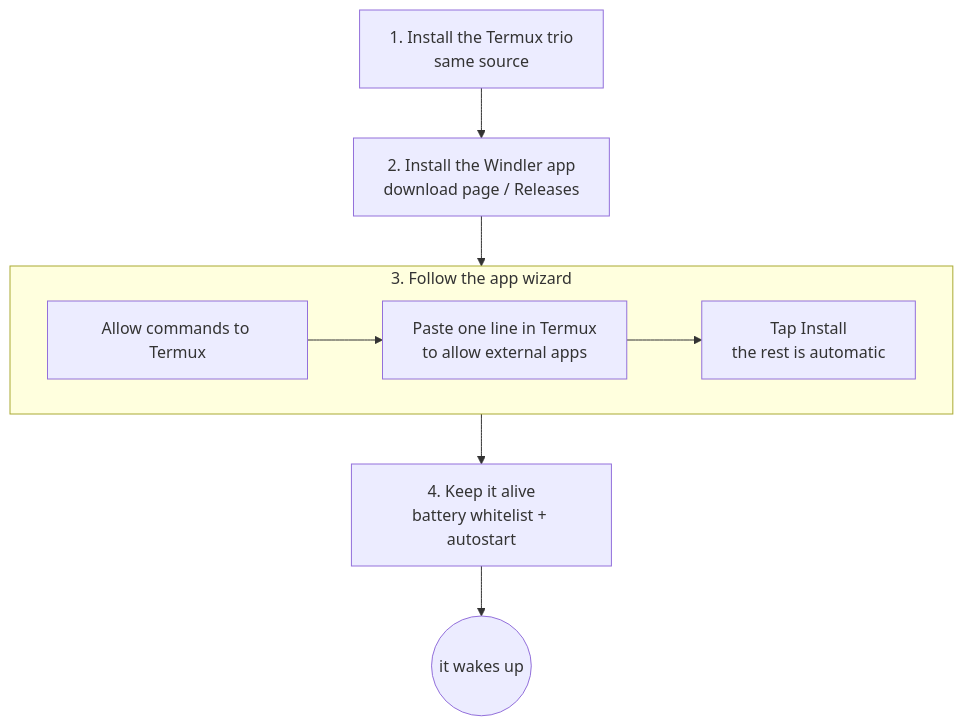
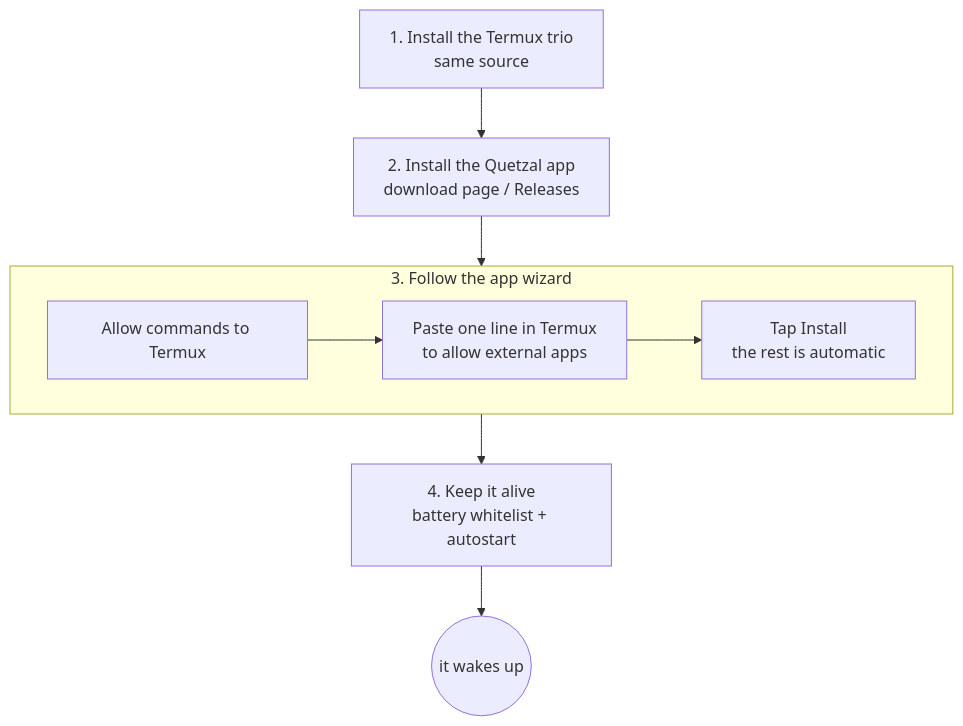
One commit to Causally-XYZ/Project.Quetzal changed the diagram in website/content/docs/en/start/install.md. Above: the diagram before and after it, drawn with Mermaid. The commit also changed other lines of this file and 150 other files, not shown here.

First line of the commit message:
更名为 Quetzal：运行基座、控制台、npm 包、官网、文档全部由 Windler 改名

````diff
--- a/website/content/docs/en/start/install.md
+++ b/website/content/docs/en/start/install.md
@@ -10,9 +10,9 @@
 ```mermaid
 flowchart TB
-  A["1. Install the Termux trio<br/>same source"] --> B["2. Install the Windler app<br/>download page / Releases"] --> C
+  A["1. Install the Termux trio<br/>same source"] --> B["2. Install the Quetzal app<br/>download page / Releases"] --> C
   subgraph C["3. Follow the app wizard"]
     direction LR
     C1["Allow commands to Termux"] --> C2["Paste one line in Termux<br/>to allow external apps"] --> C3["Tap Install<br/>the rest is automatic"]
   end
   C --> D["4. Keep it alive<br/>battery whitelist + autostart"] --> E(("it wakes up"))
 ```
````
